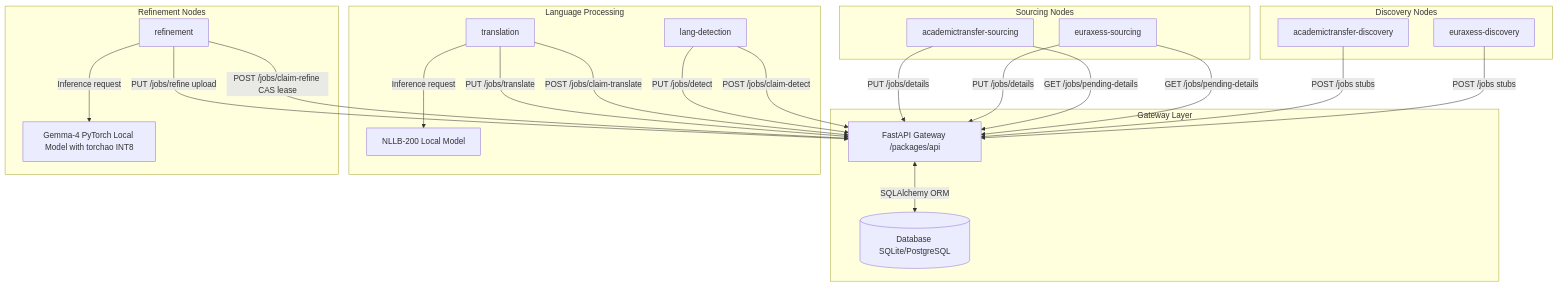
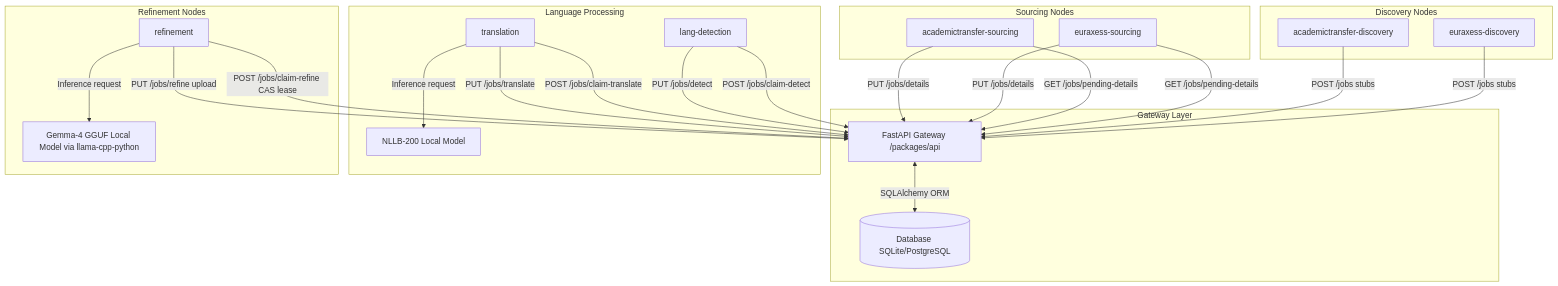
The first of 2 diagrams in README.md (drLacheheb/academix), drawn with Mermaid before and after one commit. The commit also changed other lines of this file, not shown here.

Commit message:
docs: update README to document GGUF backend, global models layout, and prerequisite extraction rules

````diff
--- a/README.md
+++ b/README.md
@@ -117,48 +119,48 @@
 ```mermaid
 graph TD
     subgraph Discovery Nodes
         ED[euraxess-discovery]
         ATD[academictransfer-discovery]
     end
 
     subgraph Sourcing Nodes
         ES[euraxess-sourcing]
         ATS[academictransfer-sourcing]
     end
 
     subgraph Gateway Layer
         API[FastAPI Gateway /packages/api]
         DB[(Database SQLite/PostgreSQL)]
     end
 
     subgraph Language Processing
         LD[lang-detection]
         Trans[translation]
         NLLB[NLLB-200 Local Model]
     end
 
     subgraph Refinement Nodes
         Refine[refinement]
-        PyTorch[Gemma-4 PyTorch Local Model with torchao INT8]
+        GGUF[Gemma-4 GGUF Local Model via llama-cpp-python]
     end
 
     ED -->|POST /jobs stubs| API
     ATD -->|POST /jobs stubs| API
 
     ES -->|GET /jobs/pending-details| API
     ATS -->|GET /jobs/pending-details| API
     ES -->|PUT /jobs/details| API
     ATS -->|PUT /jobs/details| API
 
     LD -->|POST /jobs/claim-detect| API
     LD -->|PUT /jobs/detect| API
 
     Trans -->|POST /jobs/claim-translate| API
     Trans -->|PUT /jobs/translate| API
     Trans -->|Inference request| NLLB
 
     Refine -->|POST /jobs/claim-refine CAS lease| API
     Refine -->|PUT /jobs/refine upload| API
-    Refine -->|Inference request| PyTorch
+    Refine -->|Inference request| GGUF
     API <-->|SQLAlchemy ORM| DB
 ```
````
